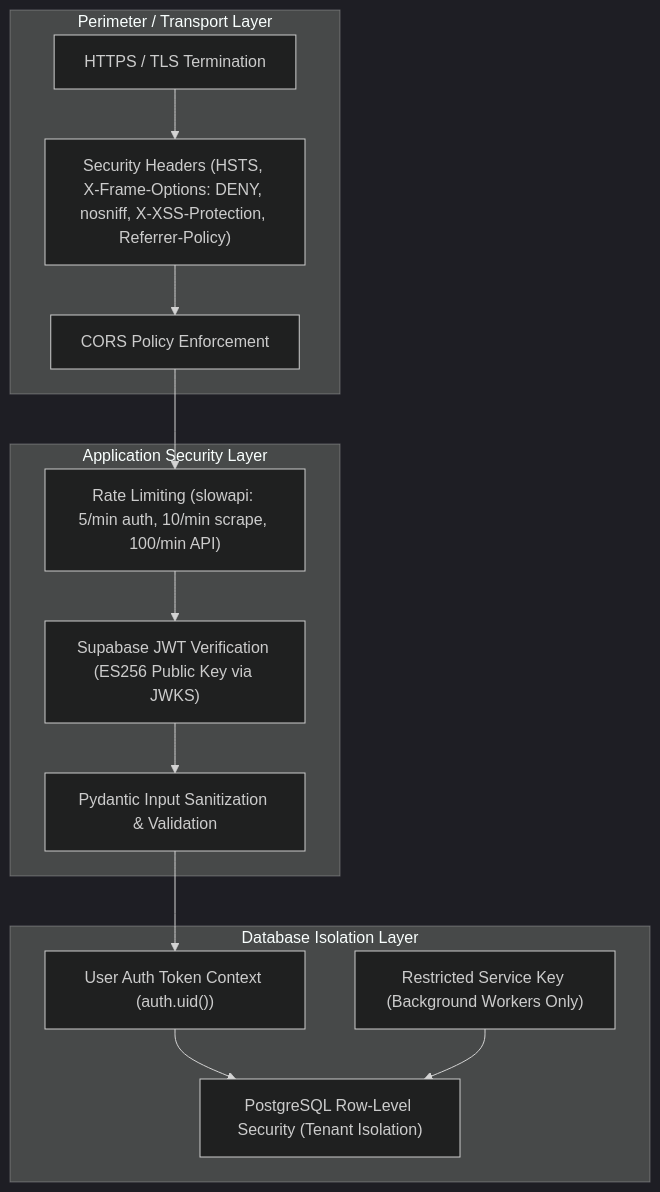
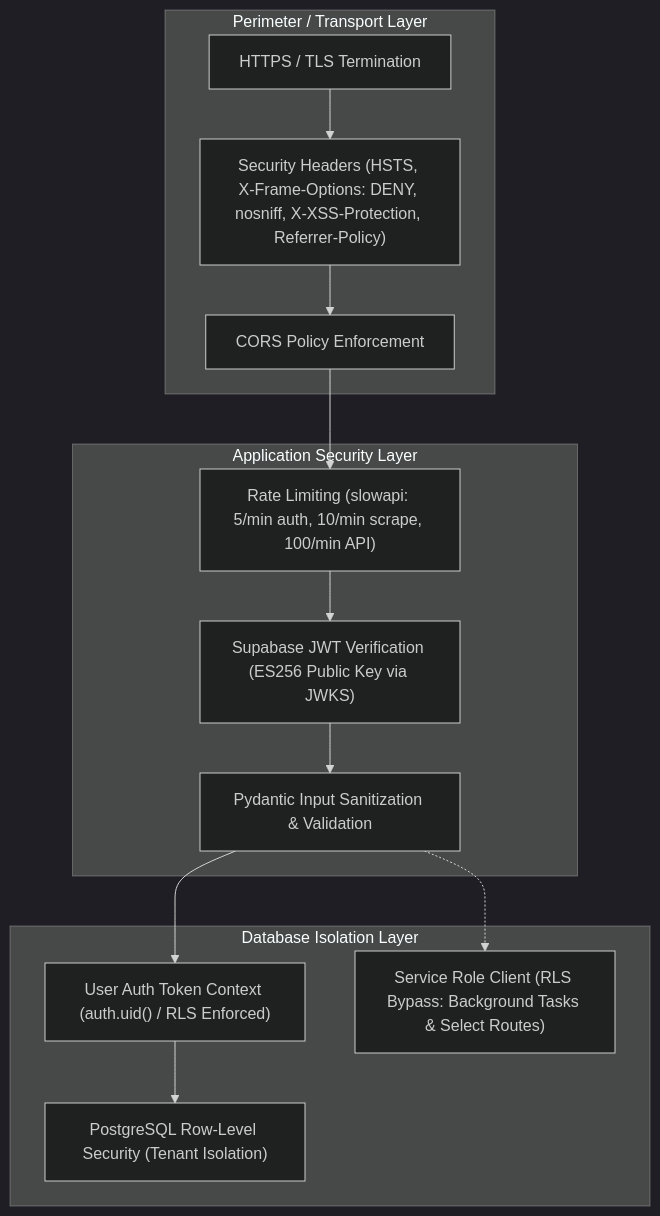
Before and after one commit to dreww01/pricehawk: the fifth of 5 diagrams in docs/ARCHITECTURE.md, drawn with Mermaid (dark theme). The commit also changed other lines of this file, not shown here.

Commit message:
docs(architecture): accurately document service role client usage and RLS bypasses (resolves #REV-26)

````diff
--- a/docs/ARCHITECTURE.md
+++ b/docs/ARCHITECTURE.md
@@ -285,24 +285,24 @@
 ```mermaid
 flowchart TD
     subgraph Edge["Perimeter / Transport Layer"]
         TLS["HTTPS / TLS Termination"]
         SecHeaders["Security Headers (HSTS, X-Frame-Options: DENY, nosniff, X-XSS-Protection, Referrer-Policy)"]
         CORS["CORS Policy Enforcement"]
     end
 
     subgraph AppSec["Application Security Layer"]
         RateLimit["Rate Limiting (slowapi: 5/min auth, 10/min scrape, 100/min API)"]
         JWKS["Supabase JWT Verification (ES256 Public Key via JWKS)"]
         InputVal["Pydantic Input Sanitization & Validation"]
     end
 
     subgraph DataSec["Database Isolation Layer"]
-        UserToken["User Auth Token Context (auth.uid())"]
+        UserToken["User Auth Token Context (auth.uid() / RLS Enforced)"]
         RLS["PostgreSQL Row-Level Security (Tenant Isolation)"]
-        ServiceKey["Restricted Service Key (Background Workers Only)"]
+        ServiceKey["Service Role Client (RLS Bypass: Background Tasks & Select Routes)"]
     end
 
     TLS --> SecHeaders --> CORS --> RateLimit --> JWKS --> InputVal
     InputVal --> UserToken --> RLS
-    ServiceKey --> RLS
+    InputVal -.-> ServiceKey
 ```
````
